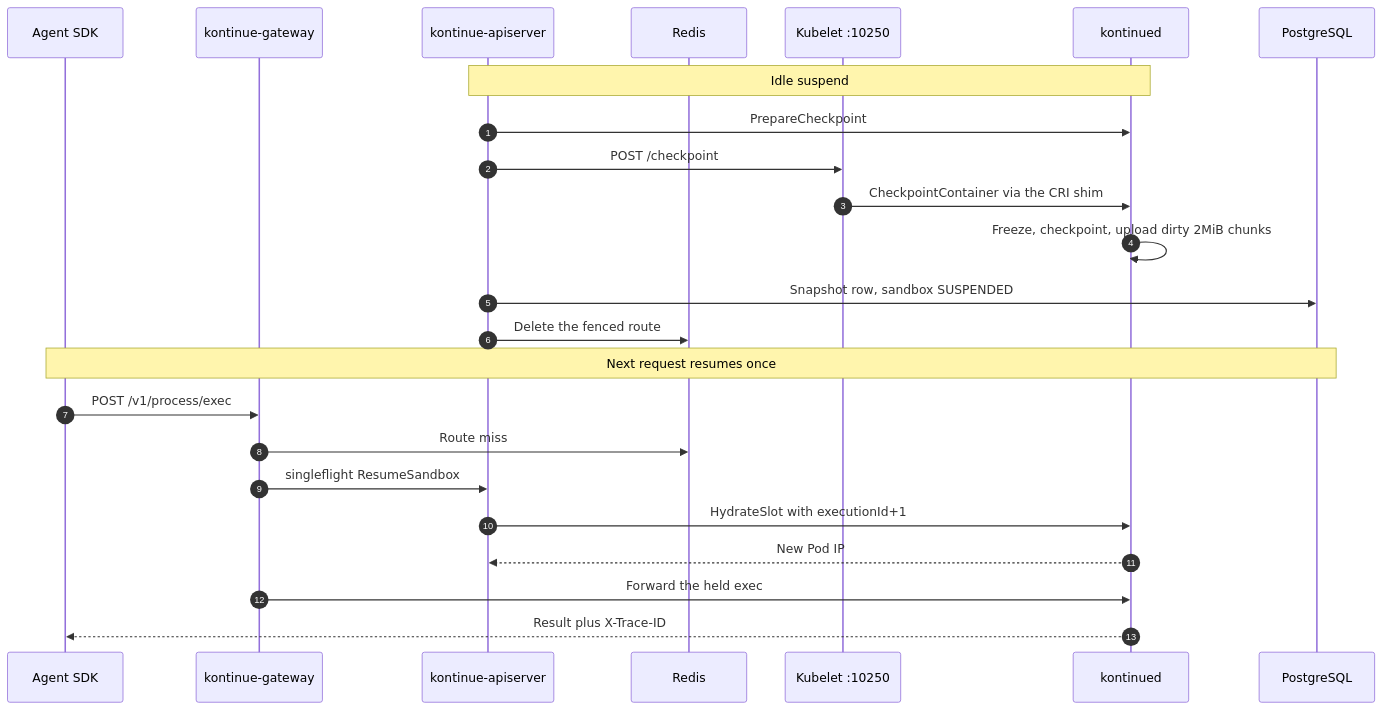
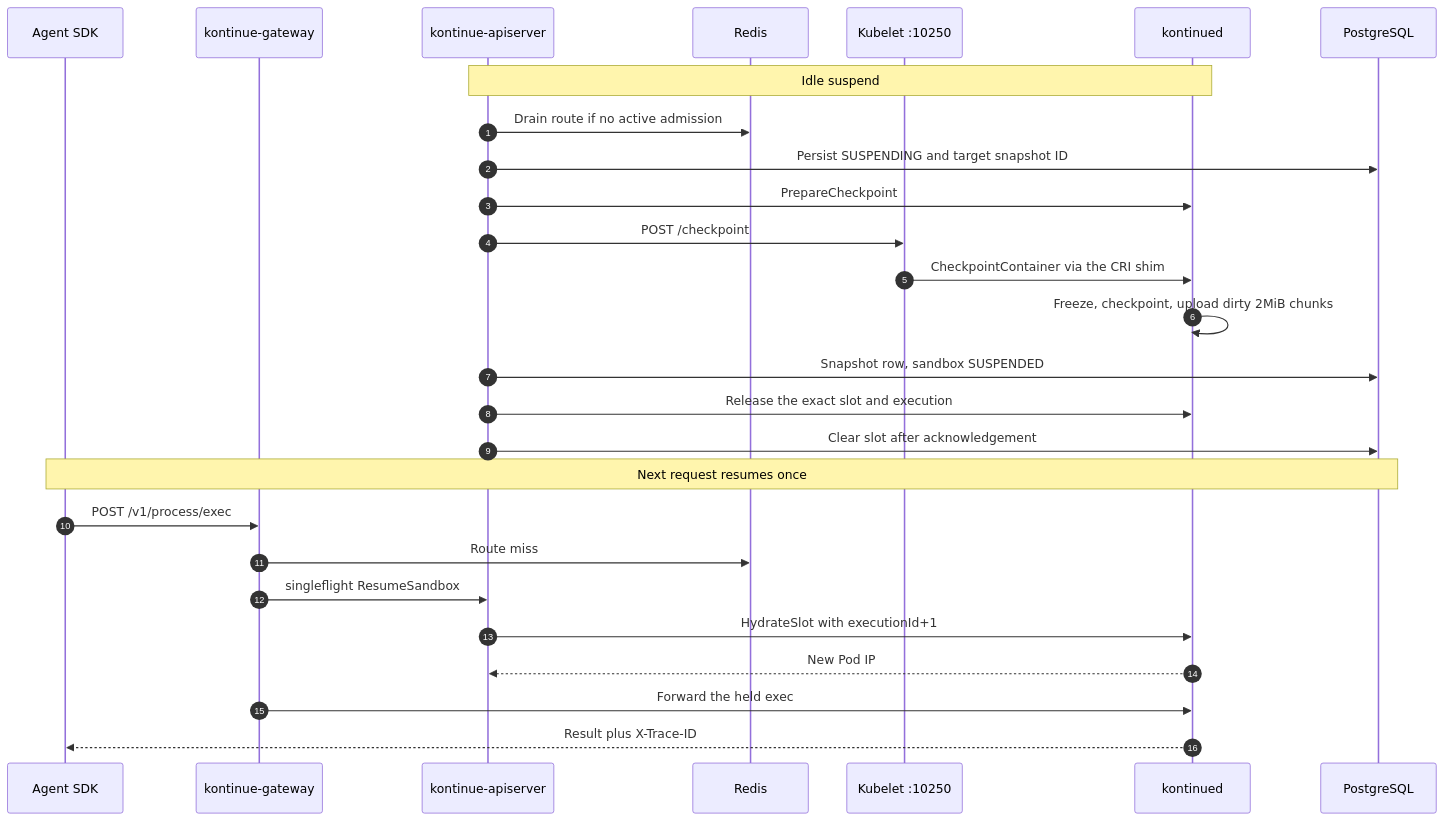
Before and after one commit to lingdie/kontinue: the third of 5 diagrams in docs/ARCHITECTURE.md, drawn with Mermaid. The commit also changed other lines of this file and 4 other files, not shown here.

````diff
--- a/docs/ARCHITECTURE.md
+++ b/docs/ARCHITECTURE.md
@@ -204,28 +212,31 @@
 ```mermaid
 sequenceDiagram
     autonumber
     participant SDK as Agent SDK
     participant GW as kontinue-gateway
     participant API as kontinue-apiserver
     participant RD as Redis
     participant Kube as Kubelet :10250
     participant Node as kontinued
     participant PG as PostgreSQL
 
     Note over API,Node: Idle suspend
+    API->>RD: Drain route if no active admission
+    API->>PG: Persist SUSPENDING and target snapshot ID
     API->>Node: PrepareCheckpoint
     API->>Kube: POST /checkpoint
     Kube->>Node: CheckpointContainer via the CRI shim
     Node->>Node: Freeze, checkpoint, upload dirty 2MiB chunks
     API->>PG: Snapshot row, sandbox SUSPENDED
-    API->>RD: Delete the fenced route
+    API->>Node: Release the exact slot and execution
+    API->>PG: Clear slot after acknowledgement
 
     Note over SDK,PG: Next request resumes once
     SDK->>GW: POST /v1/process/exec
     GW->>RD: Route miss
     GW->>API: singleflight ResumeSandbox
     API->>Node: HydrateSlot with executionId+1
     Node-->>API: New Pod IP
     GW->>Node: Forward the held exec
     Node-->>SDK: Result plus X-Trace-ID
 ```
````
